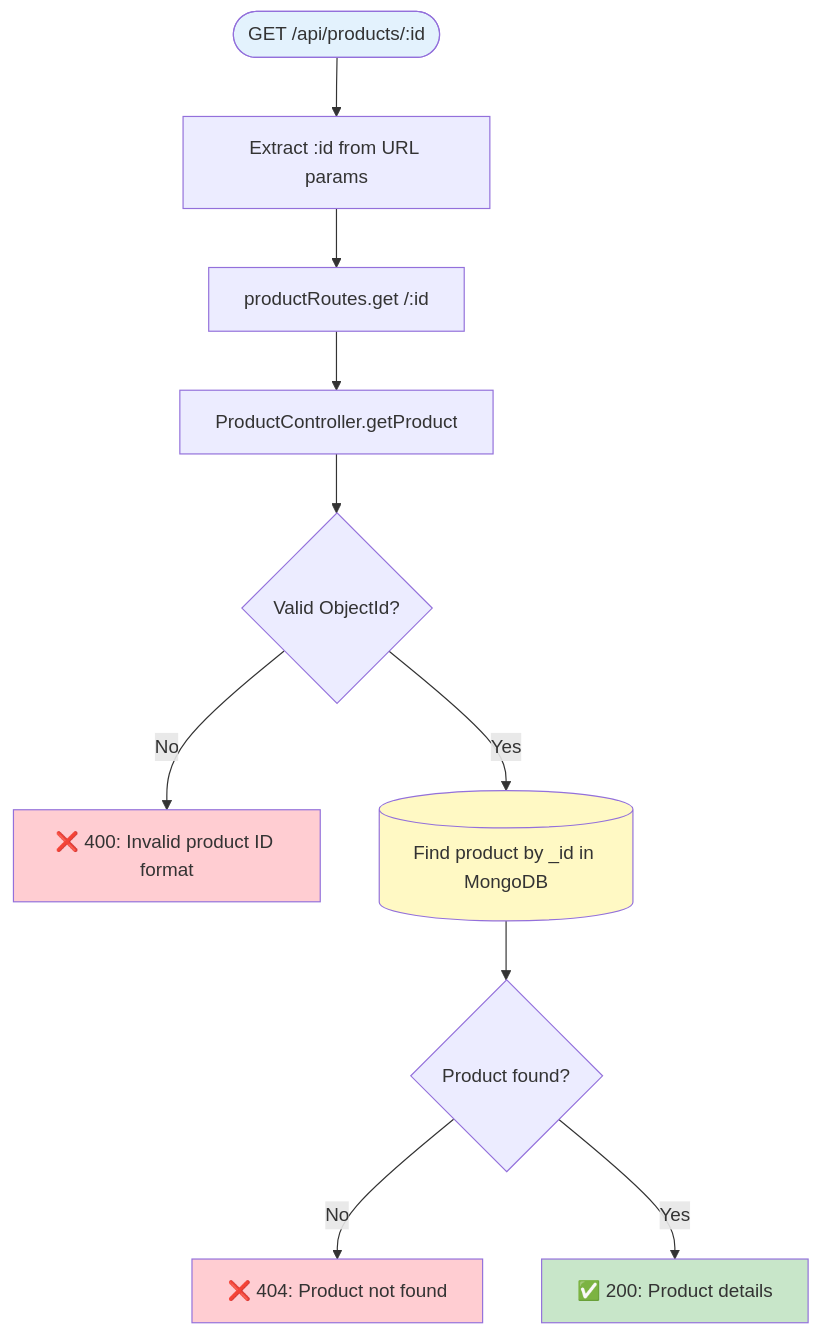
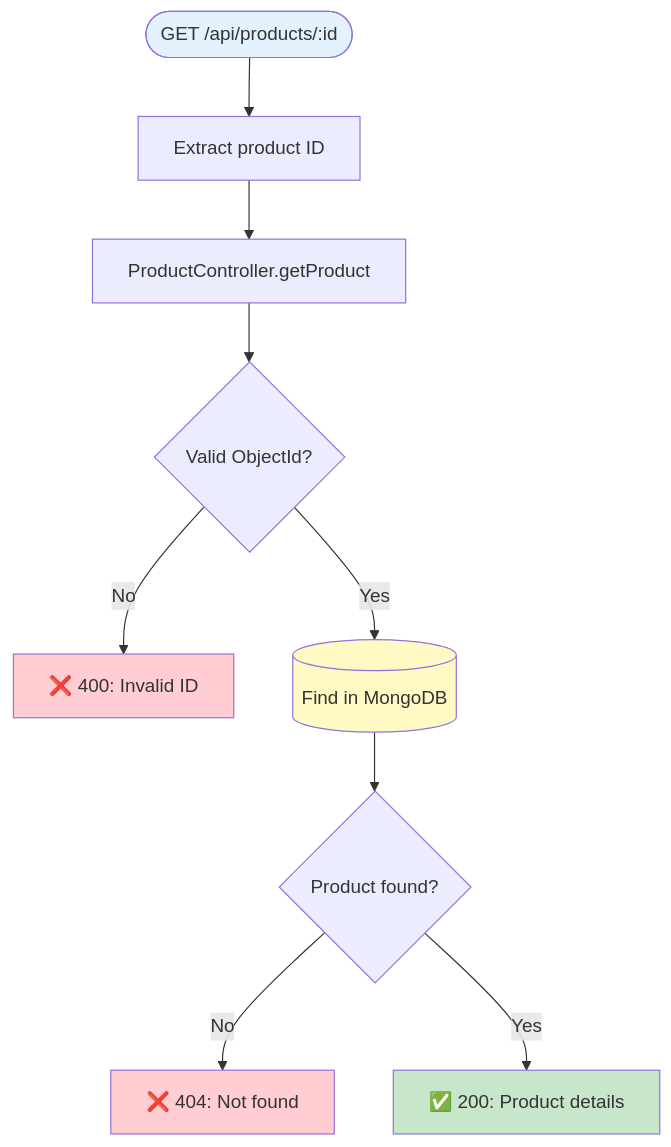
Diagram 18 of 26 in docs/SERVER_ENDPOINTS_MAP.md (shmuelkapiloff/simple-), drawn with Mermaid before and after one commit. The commit also changed other lines of this file, not shown here.

Commit message:
fix: Simplify 5 problematic flowcharts by removing merge points

````diff
--- a/docs/SERVER_ENDPOINTS_MAP.md
+++ b/docs/SERVER_ENDPOINTS_MAP.md
@@ -1028,21 +993,19 @@
 ```mermaid
 flowchart TD
-    Request([GET /api/products/:id]) --> ExtractId[Extract :id from URL params]
-    ExtractId --> RouteHandler[productRoutes.get /:id]
+    Request([GET /api/products/:id]) --> ExtractId[Extract product ID]
+    ExtractId --> Controller[ProductController.getProduct]
     
-    RouteHandler --> Controller[ProductController.getProduct]
     Controller --> ValidateId{Valid ObjectId?}
-    ValidateId -->|No| Return400["❌ 400: Invalid product ID format"]
-    ValidateId -->|Yes| FindProduct[(Find product by _id in MongoDB)]
+    ValidateId -->|No| Return400["❌ 400: Invalid ID"]
+    ValidateId -->|Yes| FindProduct[(Find in MongoDB)]
     
     FindProduct --> ProductExists{Product found?}
-    ProductExists -->|No| Return404["❌ 404: Product not found"]
+    ProductExists -->|No| Return404["❌ 404: Not found"]
     ProductExists -->|Yes| Return200["✅ 200: Product details"]
-    
     
     style Request fill:#e3f2fd
     style Return200 fill:#c8e6c9
     style Return400 fill:#ffcdd2
     style Return404 fill:#ffcdd2
     style FindProduct fill:#fff9c4
 ```
````
